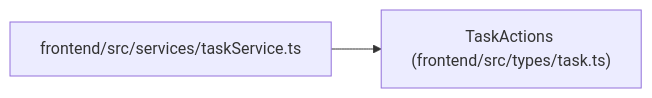
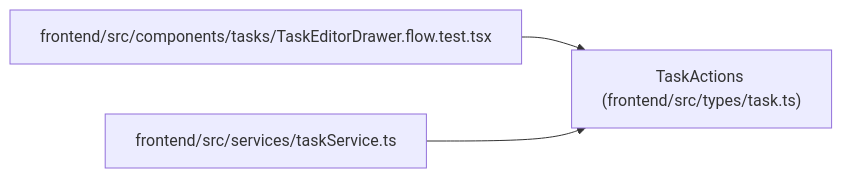
One commit to Denissvgn/WorkChord changed the diagram in docs/llm_wiki/entities/TaskActions.md. Above: the diagram before and after it, drawn with Mermaid. The commit also changed other lines of this file and 2373 other files, not shown here.

````diff
--- a/docs/llm_wiki/entities/TaskActions.md
+++ b/docs/llm_wiki/entities/TaskActions.md
@@ -30,8 +30,11 @@
 ```mermaid
 flowchart LR
     n0["TaskActions (frontend/src/types/task.ts)"]
-    n1["frontend/src/services/taskService.ts"]
+    n1["frontend/src/components/tasks/TaskEditorDrawer.flow.test.tsx"]
+    n2["frontend/src/services/taskService.ts"]
     n1 --> n0
+    n2 --> n0
     click n0 "../modules/types_task.md"
-    click n1 "../modules/taskService.md"
+    click n1 "../modules/TaskEditorDrawer.flow.test.md"
+    click n2 "../modules/taskService.md"
 ```
````
